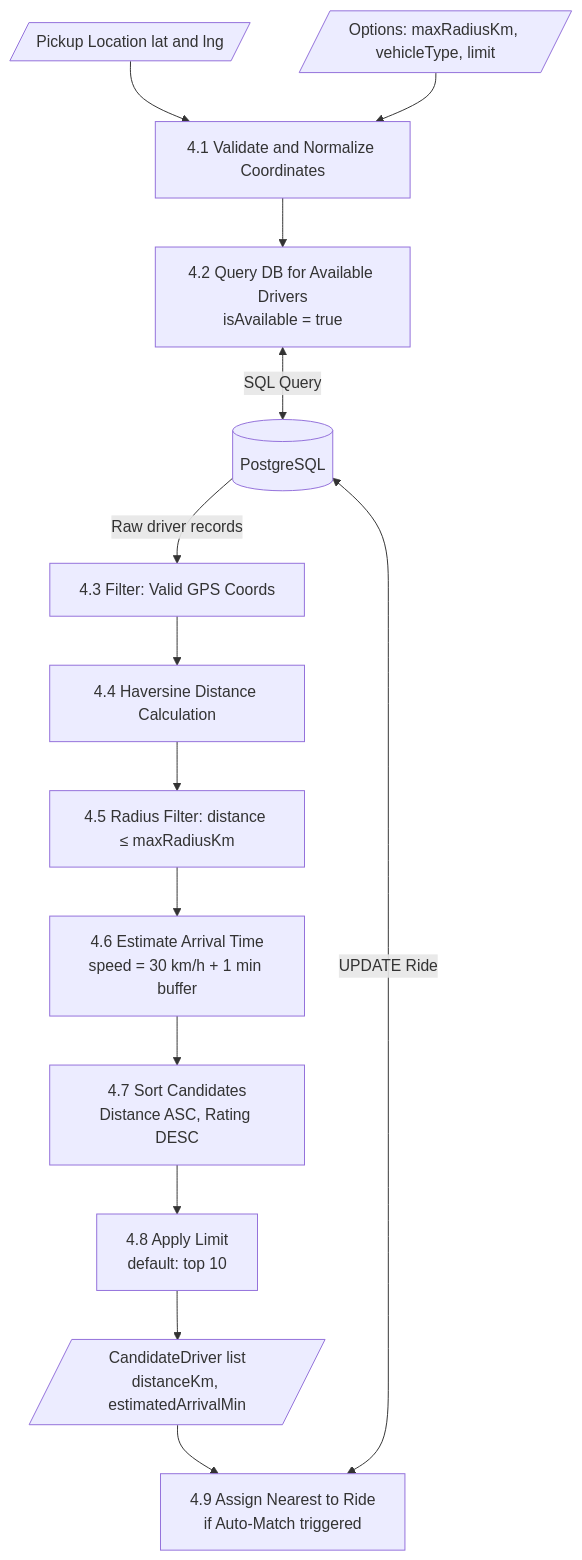
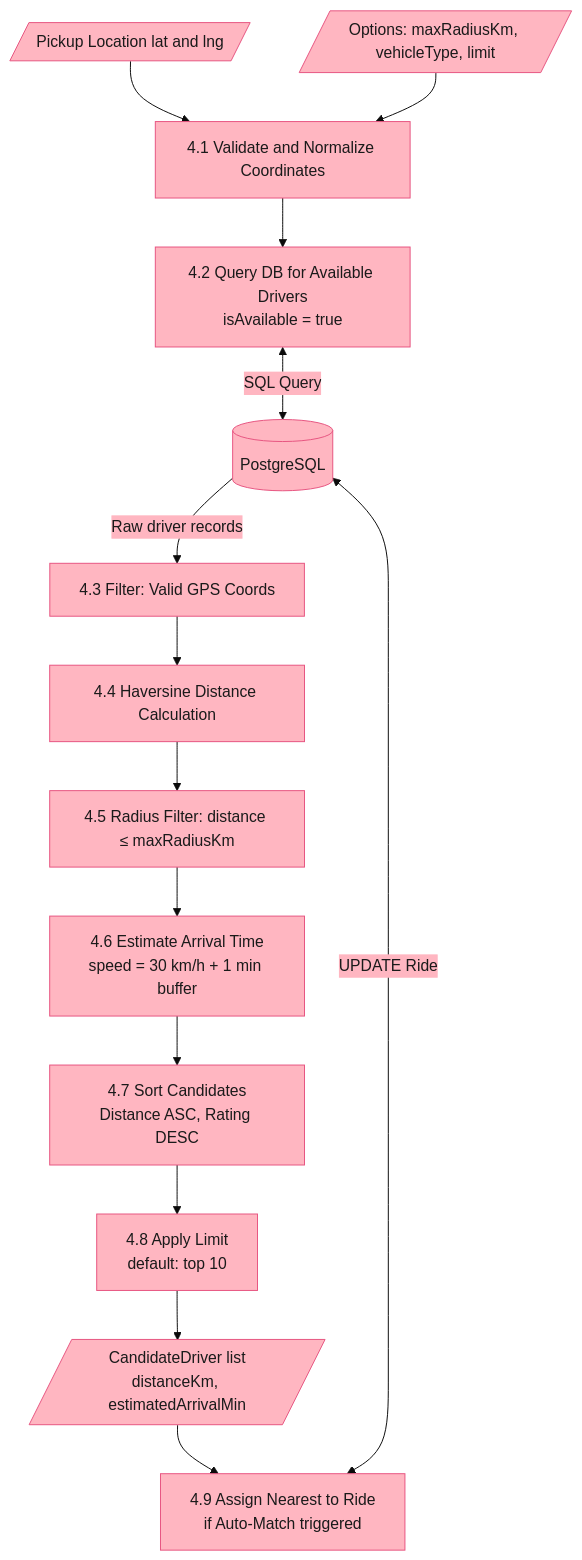
Before and after one commit to ayuuduaa19/UCS503P-202627-UberLite-Project: the sixth of 6 diagrams in README.md, drawn with Mermaid. The commit also changed other lines of this file, not shown here.

Commit message:
docs: update diagrams

````diff
--- a/README.md
+++ b/README.md
@@ -282,20 +287,21 @@
 ```mermaid
+%%{init: {'theme': 'base', 'themeVariables': {'primaryColor': '#ffb6c1', 'primaryBorderColor': '#e75480', 'primaryTextColor': '#1a1a1a', 'secondaryColor': '#ffb6c1', 'tertiaryColor': '#ffb6c1'}}}%%
 flowchart TD
     IN[/"Pickup Location lat and lng"/] --> V1["4.1 Validate and Normalize Coordinates"]
     OPT[/"Options: maxRadiusKm, vehicleType, limit"/] --> V1
 
     V1 --> Q["4.2 Query DB for Available Drivers\nisAvailable = true"]
     Q <-->|SQL Query| DB[(PostgreSQL)]
     DB -->|Raw driver records| F1
 
     F1["4.3 Filter: Valid GPS Coords"] --> C["4.4 Haversine Distance Calculation"]
     C --> F2["4.5 Radius Filter: distance ≤ maxRadiusKm"]
 
     F2 --> T["4.6 Estimate Arrival Time\nspeed = 30 km/h + 1 min buffer"]
     T --> S["4.7 Sort Candidates\nDistance ASC, Rating DESC"]
     S --> L["4.8 Apply Limit\ndefault: top 10"]
 
     L --> OUT[/"CandidateDriver list\ndistanceKm, estimatedArrivalMin"/]
     OUT --> A["4.9 Assign Nearest to Ride\nif Auto-Match triggered"]
     A <-->|UPDATE Ride| DB
 ```
````
